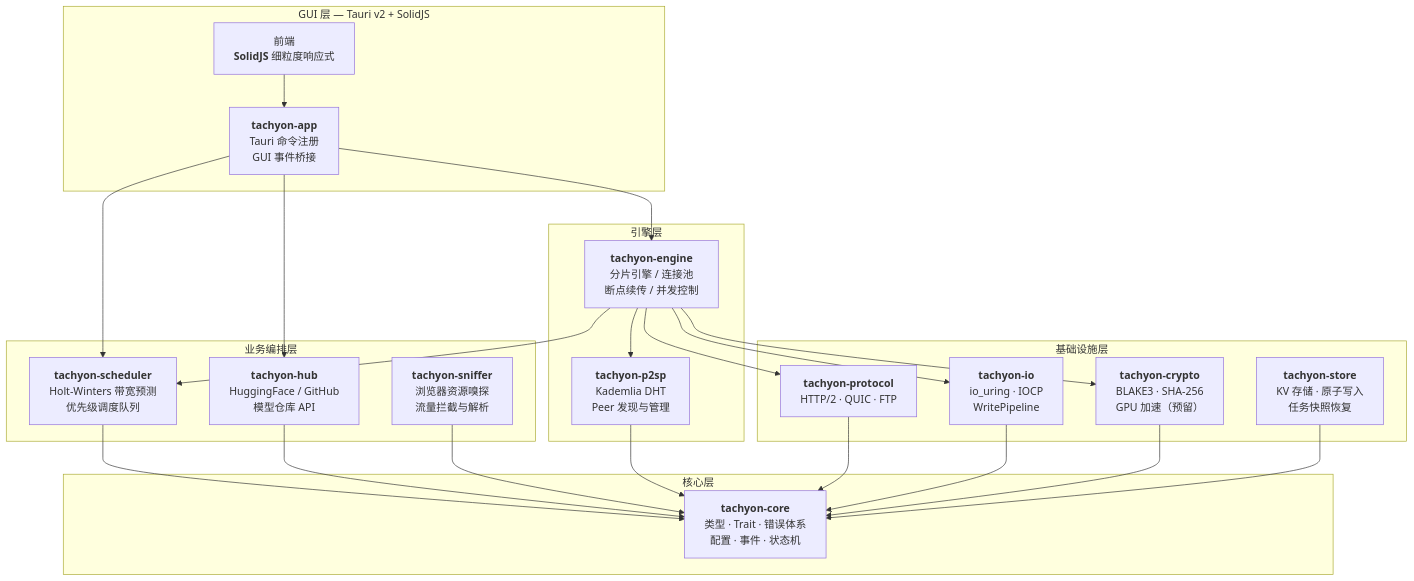
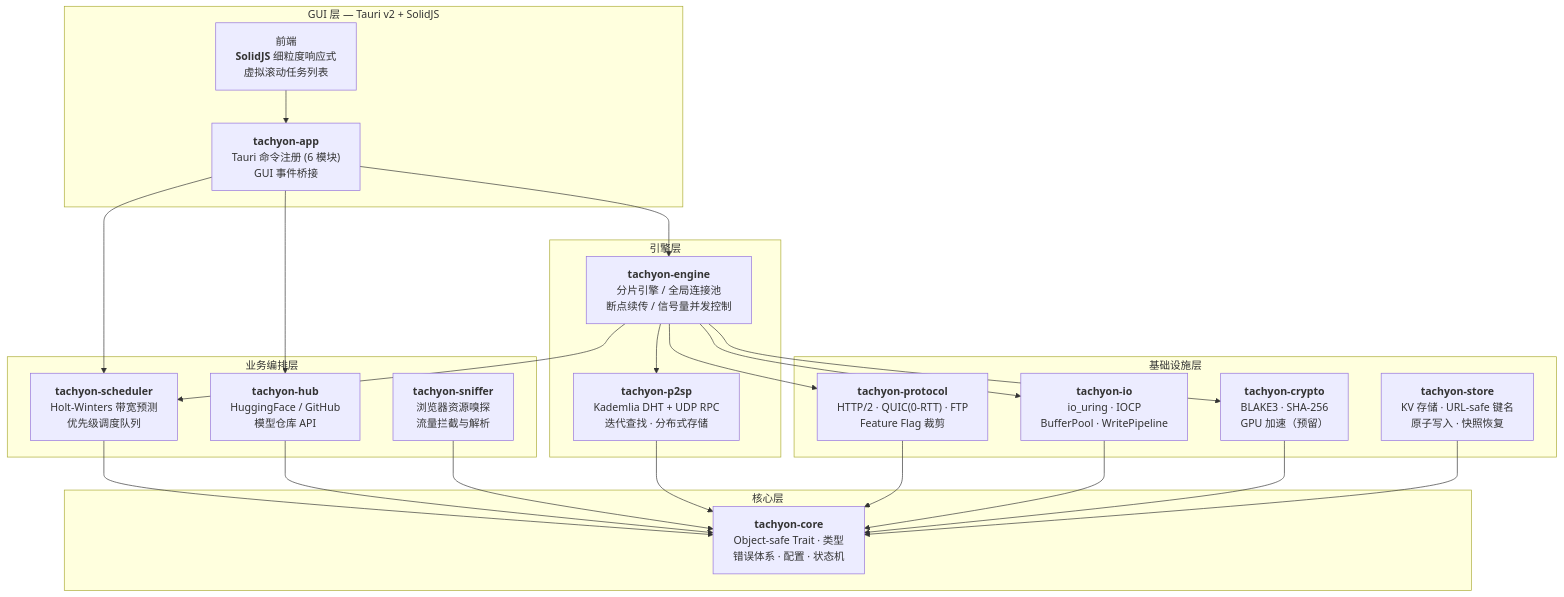
The first of 4 diagrams in README.md (baiye2941/Tachyon), drawn with Mermaid before and after one commit. The commit also changed other lines of this file and 56 other files, not shown here.

````diff
--- a/README.md
+++ b/README.md
@@ -75,47 +84,47 @@
 ```mermaid
 graph TB
     subgraph GUI["GUI 层 — Tauri v2 + SolidJS"]
-        FE["前端<br/><b>SolidJS</b> 细粒度响应式"]
-        APP["<b>tachyon-app</b><br/>Tauri 命令注册<br/>GUI 事件桥接"]
+        FE["前端<br/><b>SolidJS</b> 细粒度响应式<br/>虚拟滚动任务列表"]
+        APP["<b>tachyon-app</b><br/>Tauri 命令注册 (6 模块)<br/>GUI 事件桥接"]
     end
 
     subgraph BIZ["业务编排层"]
         SCH["<b>tachyon-scheduler</b><br/>Holt-Winters 带宽预测<br/>优先级调度队列"]
         HUB["<b>tachyon-hub</b><br/>HuggingFace / GitHub<br/>模型仓库 API"]
         SNIFF["<b>tachyon-sniffer</b><br/>浏览器资源嗅探<br/>流量拦截与解析"]
     end
 
     subgraph ENGINE["引擎层"]
-        ENG["<b>tachyon-engine</b><br/>分片引擎 / 连接池<br/>断点续传 / 并发控制"]
-        P2SP["<b>tachyon-p2sp</b><br/>Kademlia DHT<br/>Peer 发现与管理"]
+        ENG["<b>tachyon-engine</b><br/>分片引擎 / 全局连接池<br/>断点续传 / 信号量并发控制"]
+        P2SP["<b>tachyon-p2sp</b><br/>Kademlia DHT + UDP RPC<br/>迭代查找 · 分布式存储"]
     end
 
     subgraph INFRA["基础设施层"]
-        PROTO["<b>tachyon-protocol</b><br/>HTTP/2 · QUIC · FTP"]
-        IO["<b>tachyon-io</b><br/>io_uring · IOCP<br/>WritePipeline"]
+        PROTO["<b>tachyon-protocol</b><br/>HTTP/2 · QUIC(0-RTT) · FTP<br/>Feature Flag 裁剪"]
+        IO["<b>tachyon-io</b><br/>io_uring · IOCP<br/>BufferPool · WritePipeline"]
         CRYPT["<b>tachyon-crypto</b><br/>BLAKE3 · SHA-256<br/>GPU 加速（预留）"]
-        STORE["<b>tachyon-store</b><br/>KV 存储 · 原子写入<br/>任务快照恢复"]
+        STORE["<b>tachyon-store</b><br/>KV 存储 · URL-safe 键名<br/>原子写入 · 快照恢复"]
     end
 
     subgraph CORE["核心层"]
-        CORELIB["<b>tachyon-core</b><br/>类型 · Trait · 错误体系<br/>配置 · 事件 · 状态机"]
+        CORELIB["<b>tachyon-core</b><br/>Object-safe Trait · 类型<br/>错误体系 · 配置 · 状态机"]
     end
 
     FE --> APP
     APP --> SCH
     APP --> HUB
     APP --> ENG
     SCH --> CORELIB
     HUB --> CORELIB
     SNIFF --> CORELIB
     ENG --> PROTO
     ENG --> IO
     ENG --> CRYPT
     ENG --> SCH
     ENG --> P2SP
     P2SP --> CORELIB
     PROTO --> CORELIB
     IO --> CORELIB
     CRYPT --> CORELIB
     STORE --> CORELIB
 ```
````
